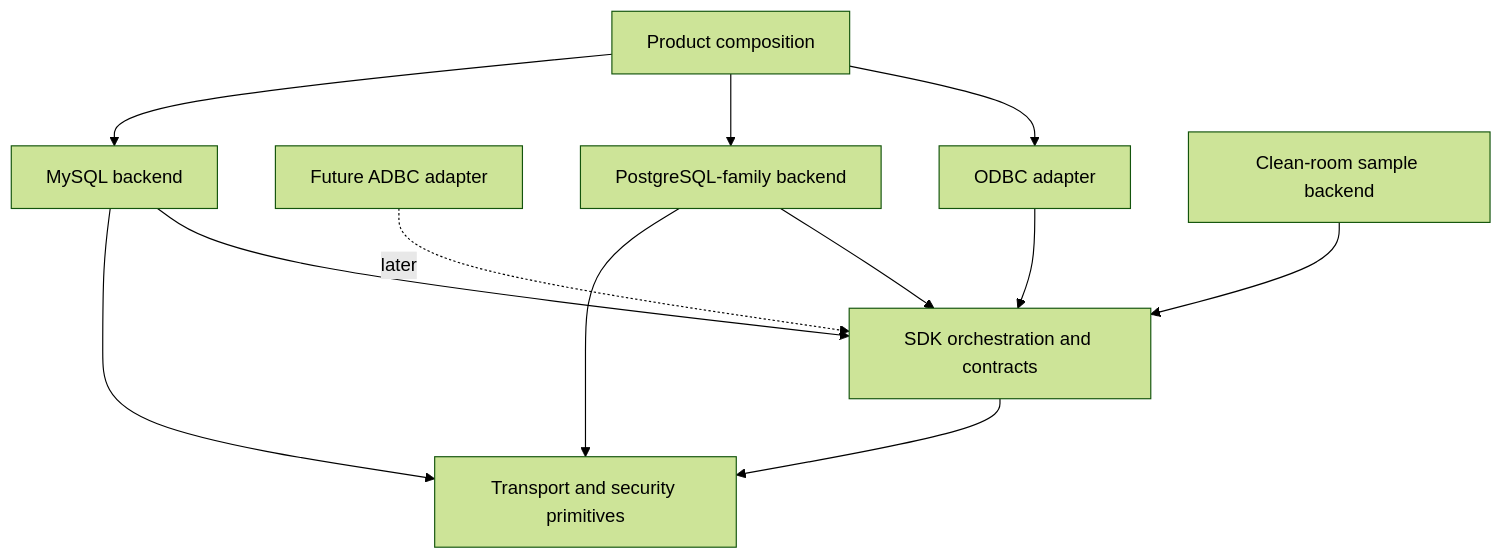
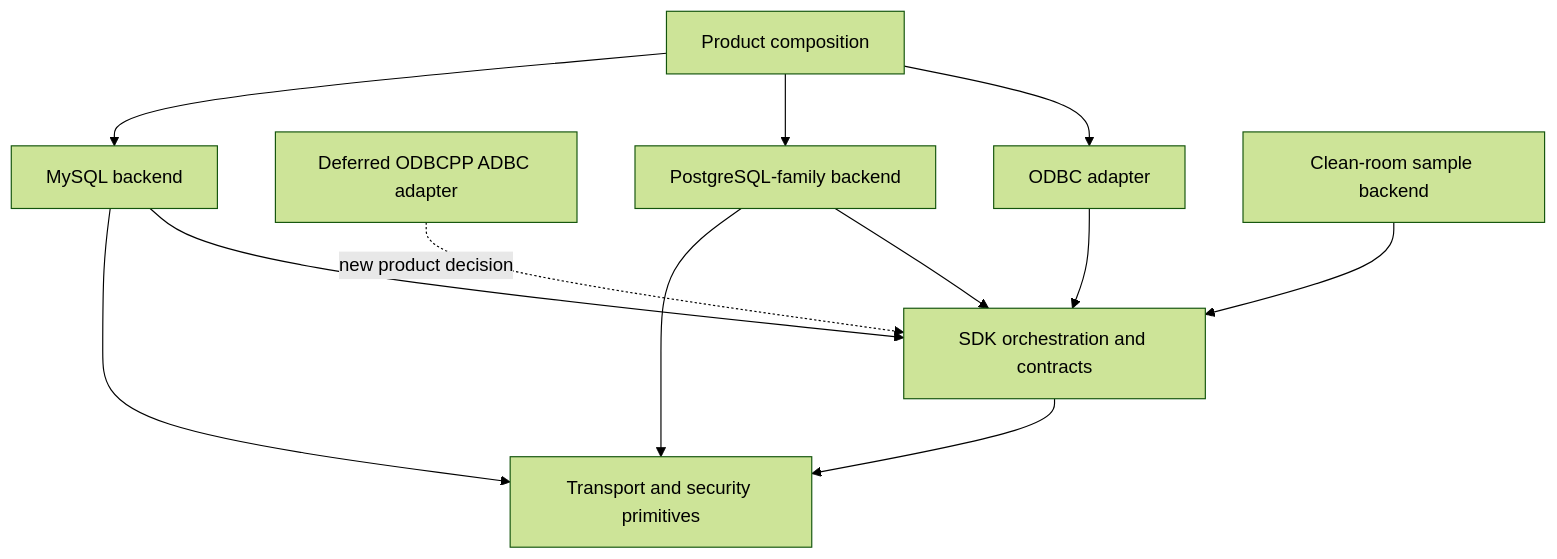
One commit to vahid110/odbcpp changed the diagram in SDK_ARCHITECTURE.md. Above: the diagram before and after it, drawn with Mermaid (forest theme). The commit also changed other lines of this file and 3 other files, not shown here.

````diff
--- a/SDK_ARCHITECTURE.md
+++ b/SDK_ARCHITECTURE.md
@@ -68,23 +88,23 @@
 ```mermaid
 flowchart TD
   ODBC[ODBC adapter]
-  ADBC[Future ADBC adapter]
+  ADBC[Deferred ODBCPP ADBC adapter]
   SDK[SDK orchestration and contracts]
   COMPOSE[Product composition]
   PG[PostgreSQL-family backend]
   MYSQL[MySQL backend]
   SAMPLE[Clean-room sample backend]
   TRANSPORT[Transport and security primitives]
 
   ODBC --> SDK
-  ADBC -. later .-> SDK
+  ADBC -. new product decision .-> SDK
   COMPOSE --> ODBC
   COMPOSE --> PG
   COMPOSE --> MYSQL
   SDK --> TRANSPORT
   PG --> SDK
   MYSQL --> SDK
   SAMPLE --> SDK
   PG --> TRANSPORT
   MYSQL --> TRANSPORT
 ```
````
